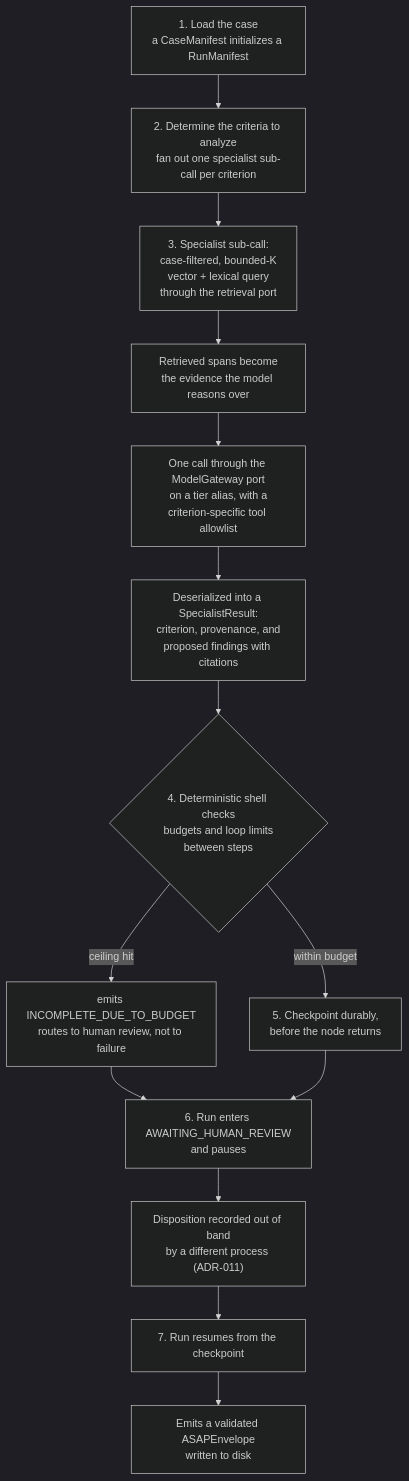
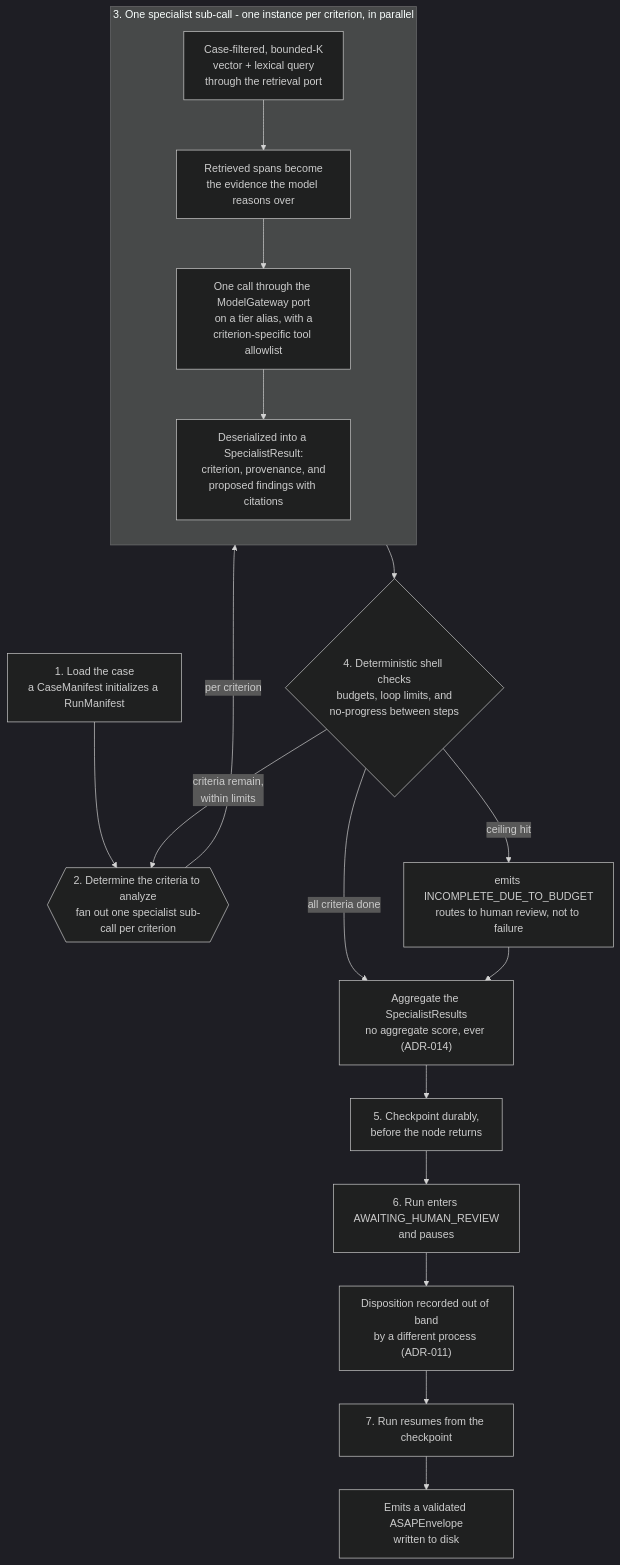
One commit to Amivero-LLC/asap-ireports-poc changed the second of 2 diagrams in docs/handoff/component-architecture.md. Above: the diagram before and after it, drawn with Mermaid (dark theme). The commit also changed other lines of this file, not shown here.

````diff
--- a/docs/handoff/component-architecture.md
+++ b/docs/handoff/component-architecture.md
@@ -146,21 +173,33 @@
 ```mermaid
 flowchart TD
     STEP1["1. Load the case<br/>a CaseManifest initializes a RunManifest"]
-    STEP2["2. Determine the criteria to analyze<br/>fan out one specialist sub-call per criterion"]
-    STEP3A["3. Specialist sub-call:<br/>case-filtered, bounded-K<br/>vector + lexical query<br/>through the retrieval port"]
-    STEP3B["Retrieved spans become<br/>the evidence the model reasons over"]
-    STEP3C["One call through the ModelGateway port<br/>on a tier alias, with a<br/>criterion-specific tool allowlist"]
-    STEP3D["Deserialized into a SpecialistResult:<br/>criterion, provenance, and<br/>proposed findings with citations"]
-    SHELL{"4. Deterministic shell checks<br/>budgets and loop limits<br/>between steps"}
+    STEP2{{"2. Determine the criteria to analyze<br/>fan out one specialist sub-call per criterion"}}
+
+    subgraph SPECIALIST["3. One specialist sub-call - one instance per criterion, in parallel"]
+        direction TB
+        STEP3A["Case-filtered, bounded-K<br/>vector + lexical query<br/>through the retrieval port"]
+        STEP3B["Retrieved spans become<br/>the evidence the model reasons over"]
+        STEP3C["One call through the ModelGateway port<br/>on a tier alias, with a<br/>criterion-specific tool allowlist"]
+        STEP3D["Deserialized into a SpecialistResult:<br/>criterion, provenance, and<br/>proposed findings with citations"]
+        STEP3A --> STEP3B --> STEP3C --> STEP3D
+    end
+
+    SHELL{"4. Deterministic shell checks<br/>budgets, loop limits, and<br/>no-progress between steps"}
     BUDGETSTOP["emits INCOMPLETE_DUE_TO_BUDGET<br/>routes to human review, not to failure"]
+    AGG["Aggregate the SpecialistResults<br/>no aggregate score, ever (ADR-014)"]
     STEP5["5. Checkpoint durably,<br/>before the node returns"]
     STEP6["6. Run enters AWAITING_HUMAN_REVIEW<br/>and pauses"]
     DISPOSITION["Disposition recorded out of band<br/>by a different process (ADR-011)"]
     STEP7A["7. Run resumes from the checkpoint"]
     STEP7B["Emits a validated ASAPEnvelope<br/>written to disk"]
 
-    STEP1 --> STEP2 --> STEP3A --> STEP3B --> STEP3C --> STEP3D --> SHELL
-    SHELL -- "ceiling hit" --> BUDGETSTOP --> STEP6
-    SHELL -- "within budget" --> STEP5 --> STEP6
+    STEP1 --> STEP2
+    STEP2 -- "per criterion" --> SPECIALIST
+    SPECIALIST --> SHELL
+    SHELL -- "criteria remain,<br/>within limits" --> STEP2
+    SHELL -- "ceiling hit" --> BUDGETSTOP
+    SHELL -- "all criteria done" --> AGG
+    BUDGETSTOP --> AGG
+    AGG --> STEP5 --> STEP6
     STEP6 --> DISPOSITION --> STEP7A --> STEP7B
 ```
````
